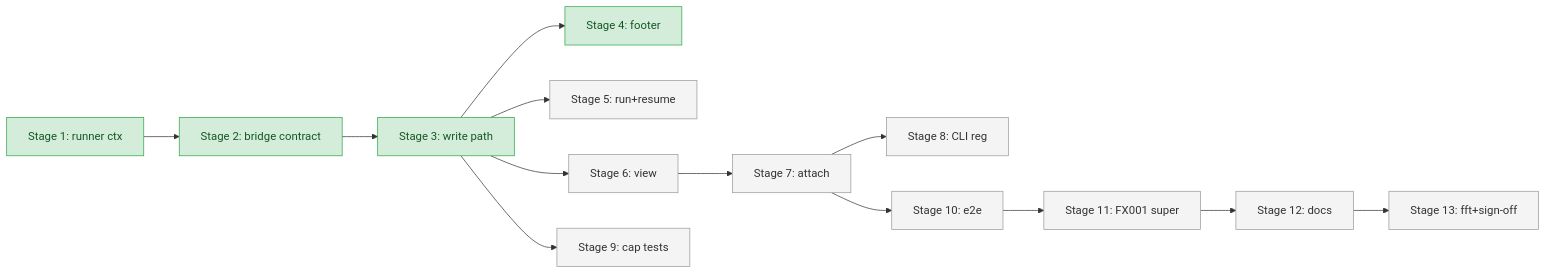
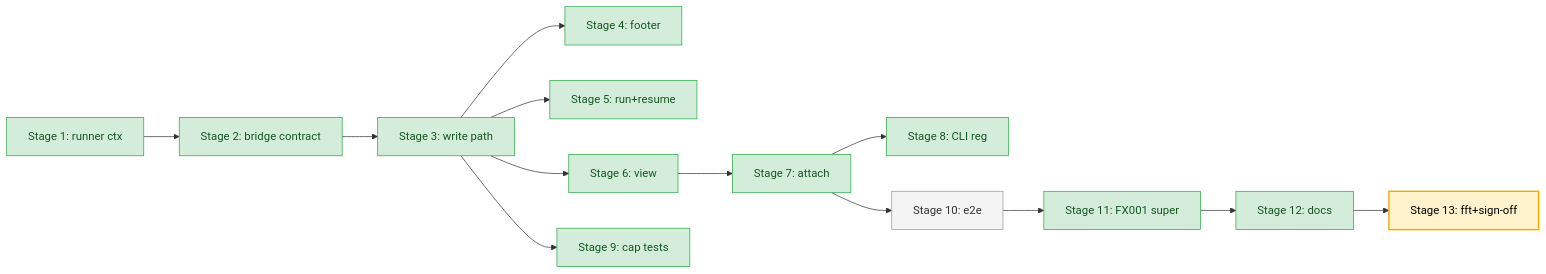
Before and after one commit to AI-Substrate/minih: the diagram in docs/plans/016-a2a-companion-protocol/fixes/FX008-minih-attach-cross-process-tui.fltplan.md, drawn with Mermaid. The commit also changed other lines of this file and 11 other files, not shown here.

````diff
--- a/docs/plans/016-a2a-companion-protocol/fixes/FX008-minih-attach-cross-process-tui.fltplan.md
+++ b/docs/plans/016-a2a-companion-protocol/fixes/FX008-minih-attach-cross-process-tui.fltplan.md
@@ -42,28 +42,28 @@
 ```mermaid
 flowchart LR
     S1[Stage 1: runner ctx]:::done
     S2[Stage 2: bridge contract]:::done
     S3[Stage 3: write path]:::done
     S4[Stage 4: footer]:::done
-    S5[Stage 5: run+resume]:::pending
-    S6[Stage 6: view]:::pending
-    S7[Stage 7: attach]:::pending
-    S8[Stage 8: CLI reg]:::pending
-    S9[Stage 9: cap tests]:::pending
+    S5[Stage 5: run+resume]:::done
+    S6[Stage 6: view]:::done
+    S7[Stage 7: attach]:::done
+    S8[Stage 8: CLI reg]:::done
+    S9[Stage 9: cap tests]:::done
     S10[Stage 10: e2e]:::pending
-    S11[Stage 11: FX001 super]:::pending
-    S12[Stage 12: docs]:::pending
-    S13[Stage 13: fft+sign-off]:::pending
+    S11[Stage 11: FX001 super]:::done
+    S12[Stage 12: docs]:::done
+    S13[Stage 13: fft+sign-off]:::active
 
     S1 --> S2 --> S3 --> S5
     S3 --> S6 --> S7 --> S8
     S3 --> S4
     S3 --> S9
     S7 --> S10
     S10 --> S11 --> S12 --> S13
 
     classDef pending fill:#f4f4f4,stroke:#999,color:#333
     classDef active fill:#fff3cd,stroke:#f6a800,color:#000,stroke-width:2px
     classDef done fill:#d4edda,stroke:#28a745,color:#155724
     classDef blocked fill:#f8d7da,stroke:#dc3545,color:#721c24
 ```
````
